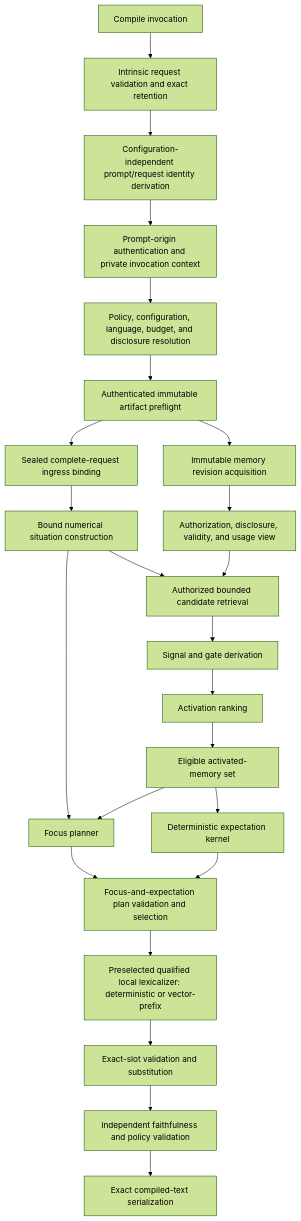
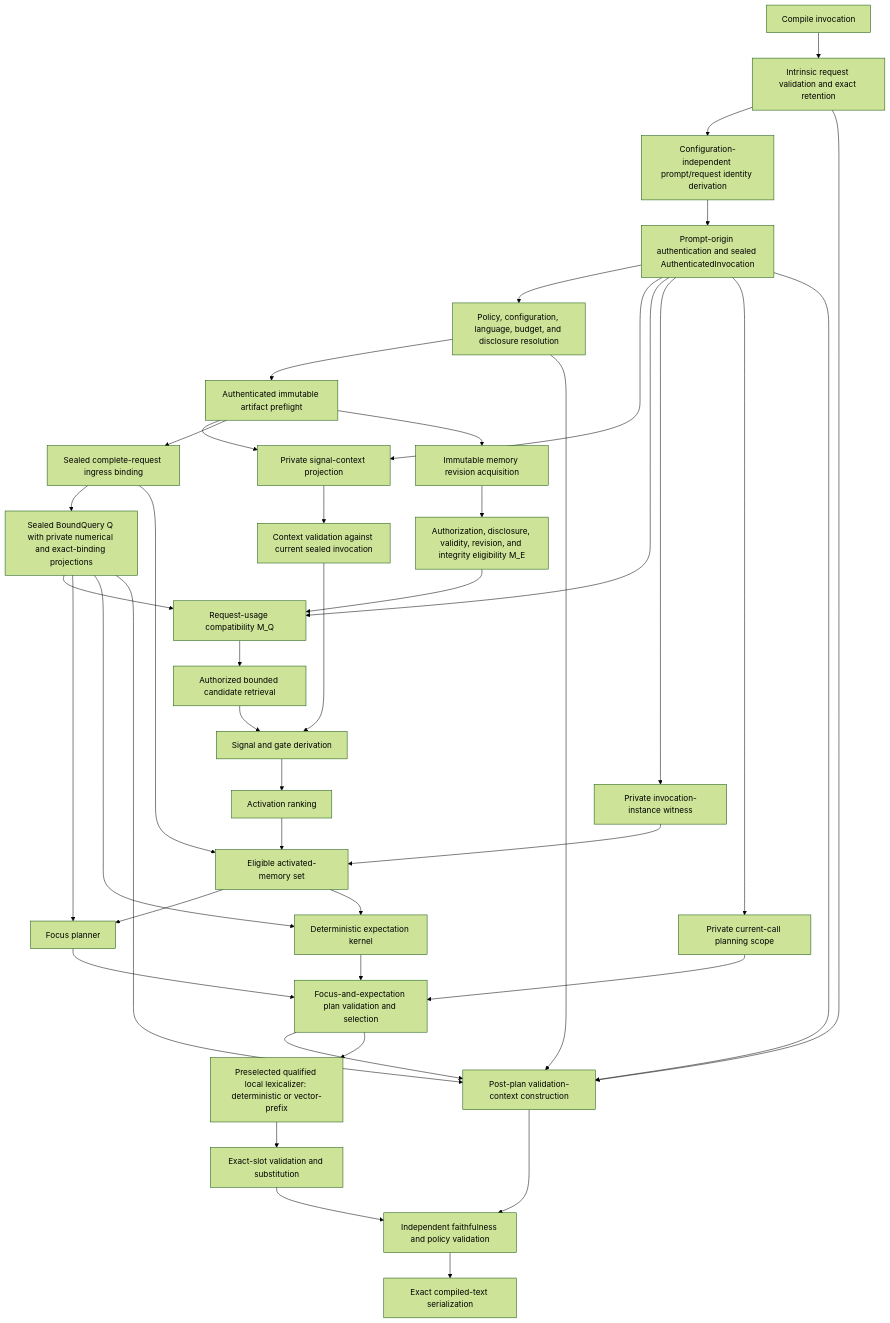
One commit to Lamentis-operating-systems/nemosyne changed the first of 8 diagrams in docs/specifications/v1-reference-architecture.md. Above: the diagram before and after it, drawn with Mermaid (forest theme). The commit also changed other lines of this file and 8 other files, not shown here.

Commit message:
Complete the V1 architecture and delivery program

````diff
--- a/docs/specifications/v1-reference-architecture.md
+++ b/docs/specifications/v1-reference-architecture.md
@@ -53,26 +59,44 @@
 ```mermaid
 flowchart TD
     IV["Compile invocation"] --> IR["Intrinsic request validation and exact retention"]
     IR --> ID["Configuration-independent prompt/request identity derivation"]
-    ID --> AU["Prompt-origin authentication and private invocation context"]
+    ID --> AU["Prompt-origin authentication and sealed AuthenticatedInvocation"]
     AU --> RC["Policy, configuration, language, budget, and disclosure resolution"]
     RC --> AP["Authenticated immutable artifact preflight"]
+    AU --> SC["Private signal-context projection"]
+    AP --> SC
     AP --> IB["Sealed complete-request ingress binding"]
-    IB --> QS["Bound numerical situation construction"]
+    IB --> Q["Sealed BoundQuery Q with private numerical and exact-binding projections"]
     AP --> MR["Immutable memory revision acquisition"]
-    MR --> AV["Authorization, disclosure, validity, and usage view"]
-    QS --> RET["Authorized bounded candidate retrieval"]
-    AV --> RET
+    MR --> ME["Authorization, disclosure, validity, revision, and integrity eligibility M_E"]
+    ME --> MQ["Request-usage compatibility M_Q"]
+    Q --> MQ
+    AU --> MQ
+    MQ --> RET["Authorized bounded candidate retrieval"]
     RET --> SIG["Signal and gate derivation"]
+    SC --> SV["Context validation against current sealed invocation"]
+    SV --> SIG
     SIG --> ACT["Activation ranking"]
+    AU --> IW["Private invocation-instance witness"]
+    AU --> PS["Private current-call planning scope"]
     ACT --> SH["Eligible activated-memory set"]
-    QS --> FOC["Focus planner"]
+    IB --> SH
+    IW --> SH
+    Q --> FOC["Focus planner"]
     SH --> FOC
-    SH --> EXP["Deterministic expectation kernel"]
+    Q --> EXP["Deterministic expectation kernel"]
+    SH --> EXP
     FOC --> PLN["Focus-and-expectation plan validation and selection"]
     EXP --> PLN
+    PS --> PLN
+    PLN --> VCTX["Post-plan validation-context construction"]
+    AU --> VCTX
+    IR --> VCTX
+    Q --> VCTX
+    RC --> VCTX
     PLN --> LEX["Preselected qualified local lexicalizer: deterministic or vector-prefix"]
     LEX --> SLOT["Exact-slot validation and substitution"]
     SLOT --> VAL["Independent faithfulness and policy validation"]
+    VCTX --> VAL
     VAL --> OUT["Exact compiled-text serialization"]
 ```
````
